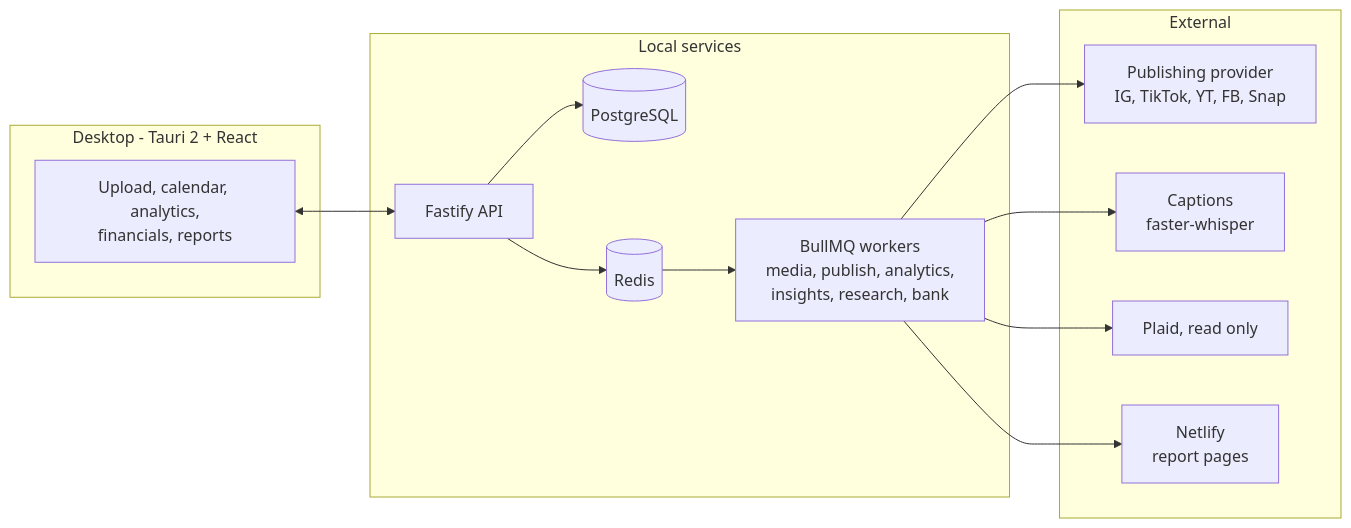
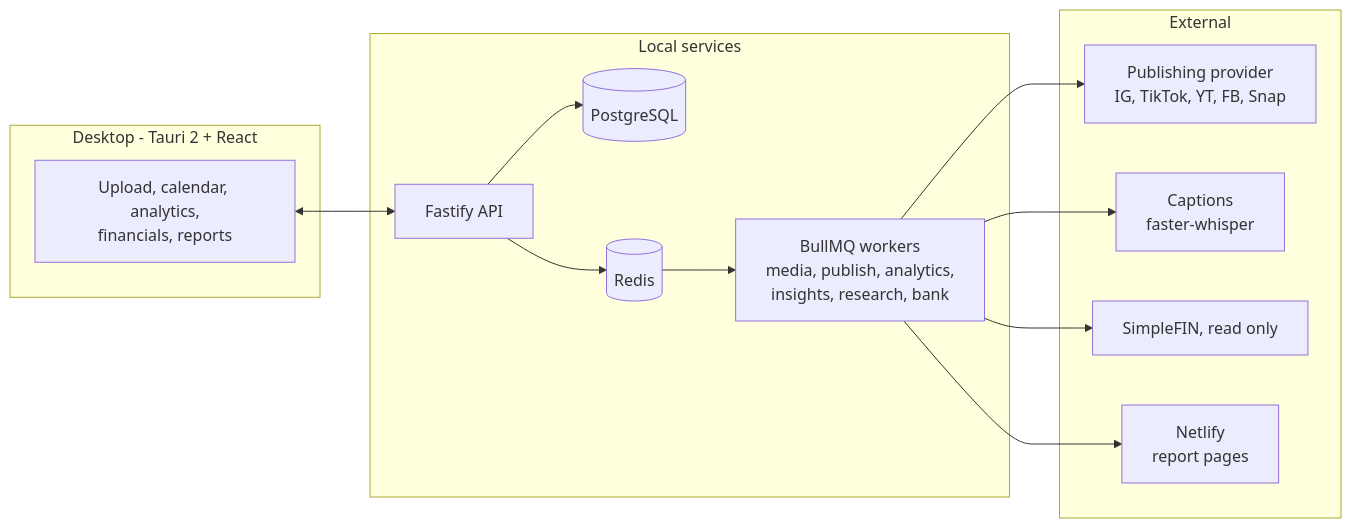
One commit to TyroneMadison/toreroflow changed the diagram in README.md. Above: the diagram before and after it, drawn with Mermaid. The commit also changed other lines of this file and 17 other files, not shown here.

First line of the commit message:
feat: bank oversight reads through SimpleFIN, and Plaid is gone

````diff
--- a/README.md
+++ b/README.md
@@ -90,26 +90,26 @@
 ```mermaid
 flowchart LR
     subgraph desktop["Desktop - Tauri 2 + React"]
         UI["Upload, calendar, analytics,<br/>financials, reports"]
     end
     subgraph local["Local services"]
         API["Fastify API"]
         W["BullMQ workers<br/>media, publish, analytics,<br/>insights, research, bank"]
         DB[("PostgreSQL")]
         R[("Redis")]
     end
     subgraph ext["External"]
         PUB["Publishing provider<br/>IG, TikTok, YT, FB, Snap"]
         CAP["Captions<br/>faster-whisper"]
-        BANK["Plaid, read only"]
+        BANK["SimpleFIN, read only"]
         NET["Netlify<br/>report pages"]
     end
     UI <--> API
     API --> DB
     API --> R
     R --> W
     W --> PUB
     W --> CAP
     W --> BANK
     W --> NET
 ```
````
